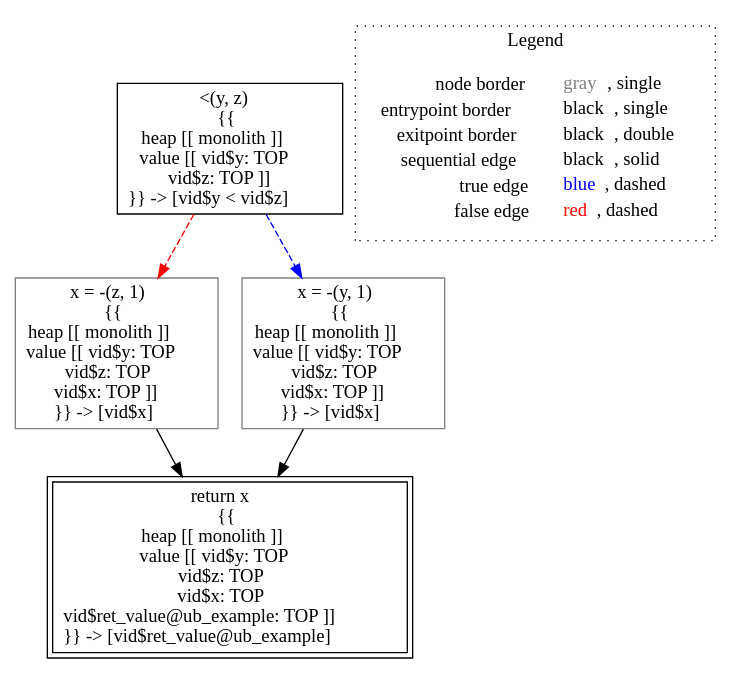
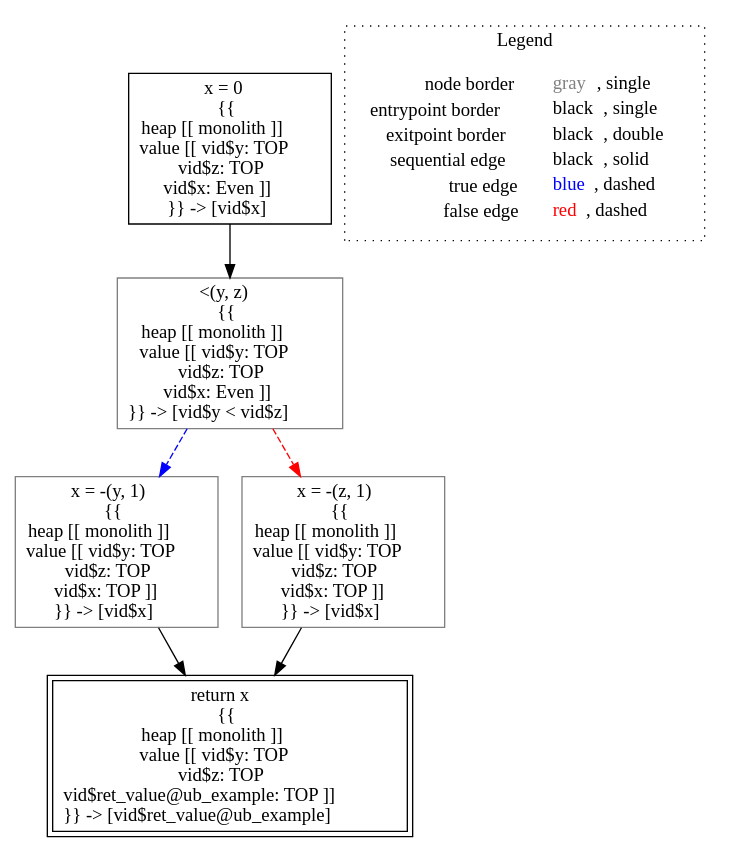
Before and after one commit to lisa-analyzer/lisa: the diagram in lisa/imp-testcases/numeric/parity/analysis___untyped_tutorial.ub_example(untyped_y,_untyped_z).dot, drawn with Graphviz. The commit also changed 57 other files, not shown here.

```diff
--- a/lisa/imp-testcases/numeric/parity/analysis___untyped_tutorial.ub_example(untyped_y,_untyped_z).dot
+++ b/lisa/imp-testcases/numeric/parity/analysis___untyped_tutorial.ub_example(untyped_y,_untyped_z).dot
@@ -1,17 +1,19 @@
 digraph {
-	"node0" [shape="rect",color="black",label=<&lt;(y, z)<BR/>{{<BR/>heap [[ monolith ]]<BR/>value [[ vid$y: TOP<BR/>vid$z: TOP ]]<BR/>}} -&gt; [vid$y &lt; vid$z]>];
-	"node1" [shape="rect",color="black",peripheries="2",label=<return x<BR/>{{<BR/>heap [[ monolith ]]<BR/>value [[ vid$y: TOP<BR/>vid$z: TOP<BR/>vid$x: TOP<BR/>vid$ret_value@ub_example: TOP ]]<BR/>}} -&gt; [vid$ret_value@ub_example]>];
-	"node2" [shape="rect",color="gray",label=<x = -(z, 1)<BR/>{{<BR/>heap [[ monolith ]]<BR/>value [[ vid$y: TOP<BR/>vid$z: TOP<BR/>vid$x: TOP ]]<BR/>}} -&gt; [vid$x]>];
+	"node0" [shape="rect",color="black",label=<x = 0<BR/>{{<BR/>heap [[ monolith ]]<BR/>value [[ vid$y: TOP<BR/>vid$z: TOP<BR/>vid$x: Even ]]<BR/>}} -&gt; [vid$x]>];
+	"node1" [shape="rect",color="gray",label=<&lt;(y, z)<BR/>{{<BR/>heap [[ monolith ]]<BR/>value [[ vid$y: TOP<BR/>vid$z: TOP<BR/>vid$x: Even ]]<BR/>}} -&gt; [vid$y &lt; vid$z]>];
+	"node2" [shape="rect",color="black",peripheries="2",label=<return x<BR/>{{<BR/>heap [[ monolith ]]<BR/>value [[ vid$y: TOP<BR/>vid$z: TOP<BR/>vid$ret_value@ub_example: TOP ]]<BR/>}} -&gt; [vid$ret_value@ub_example]>];
 	"node3" [shape="rect",color="gray",label=<x = -(y, 1)<BR/>{{<BR/>heap [[ monolith ]]<BR/>value [[ vid$y: TOP<BR/>vid$z: TOP<BR/>vid$x: TOP ]]<BR/>}} -&gt; [vid$x]>];
-	"node2" -> "node1" [color="black"];
-	"node3" -> "node1" [color="black"];
-	"node0" -> "node2" [color="red",style="dashed"];
-	"node0" -> "node3" [color="blue",style="dashed"];
+	"node4" [shape="rect",color="gray",label=<x = -(z, 1)<BR/>{{<BR/>heap [[ monolith ]]<BR/>value [[ vid$y: TOP<BR/>vid$z: TOP<BR/>vid$x: TOP ]]<BR/>}} -&gt; [vid$x]>];
+	"node1" -> "node3" [color="blue",style="dashed"];
+	"node1" -> "node4" [color="red",style="dashed"];
+	"node0" -> "node1" [color="black"];
+	"node3" -> "node2" [color="black"];
+	"node4" -> "node2" [color="black"];
 subgraph cluster_legend {
 	label="Legend";
 	style=dotted;
 	node [shape=plaintext];
 	"legend" [label=<<table border="0" cellpadding="2" cellspacing="0" cellborder="0"><tr><td align="right">node border&nbsp;</td><td align="left"><font color="gray">gray</font>, single</td></tr><tr><td align="right">entrypoint border&nbsp;</td><td align="left"><font color="black">black</font>, single</td></tr><tr><td align="right">exitpoint border&nbsp;</td><td align="left"><font color="black">black</font>, double</td></tr><tr><td align="right">sequential edge&nbsp;</td><td align="left"><font color="black">black</font>, solid</td></tr><tr><td align="right">true edge&nbsp;</td><td align="left"><font color="blue">blue</font>, dashed</td></tr><tr><td align="right">false edge&nbsp;</td><td align="left"><font color="red">red</font>, dashed</td></tr></table>>];
 }
 
 }
```
